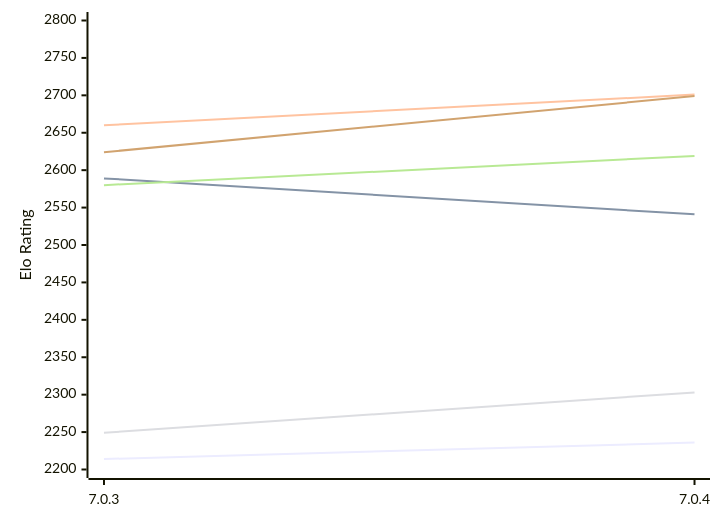
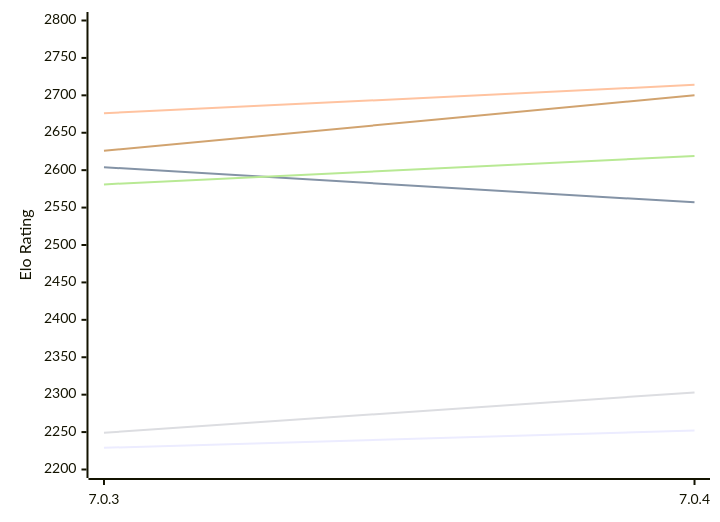
The diagram in engines/Buster.md (computer-chess-index/cci), drawn with Mermaid before and after one commit. The commit also changed other lines of this file, not shown here.

Commit message:
Update CCI Ratings (ELO VLTC) - 2026-11-11

````diff
--- a/engines/Buster.md
+++ b/engines/Buster.md
@@ -49,12 +49,12 @@
 ```mermaid
 %%{init: {"theme":"base","themeVariables":{"seriesColors:['#a3a3a3','#222221','#faa371']}}}%%
 xychart-beta
   x-axis ["7.0.3", "7.0.4"]
   y-axis "Elo Rating" 2200 --> 2800
-  line "E1: STC (8.0+0.08s)" [2214, 2236]
-  line "E1: LTC (60.0+0.60s)" [2589, 2541]
-  line "E1: VLTC (2m24s+1.12s)" [2660, 2701]
+  line "E1: STC (8.0+0.08s)" [2229, 2252]
+  line "E1: LTC (60.0+0.60s)" [2604, 2557]
+  line "E1: VLTC (2m24s+1.12s)" [2676, 2714]
   line "P1: STC (8.0+0.08s)" [2249, 2303]
-  line "P1: LTC (60.0+0.60s)" [2580, 2619]
-  line "P1: VLTC (2m24s+1.12s)" [2624, 2699]
+  line "P1: LTC (60.0+0.60s)" [2581, 2619]
+  line "P1: VLTC (2m24s+1.12s)" [2626, 2700]
 ```
````
